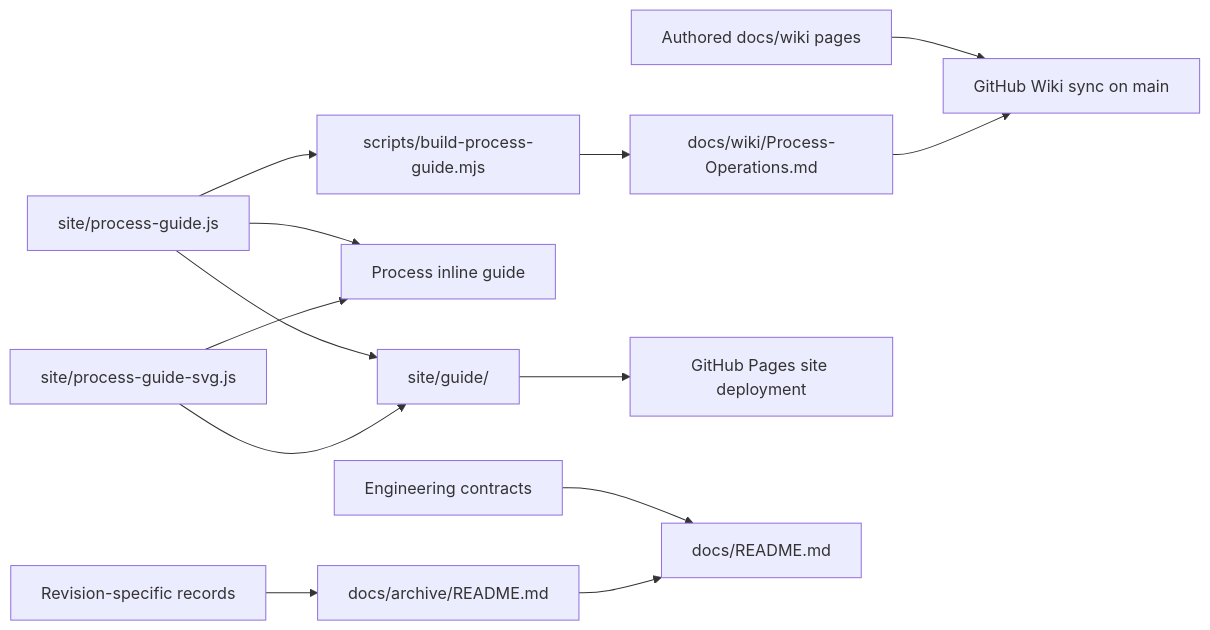
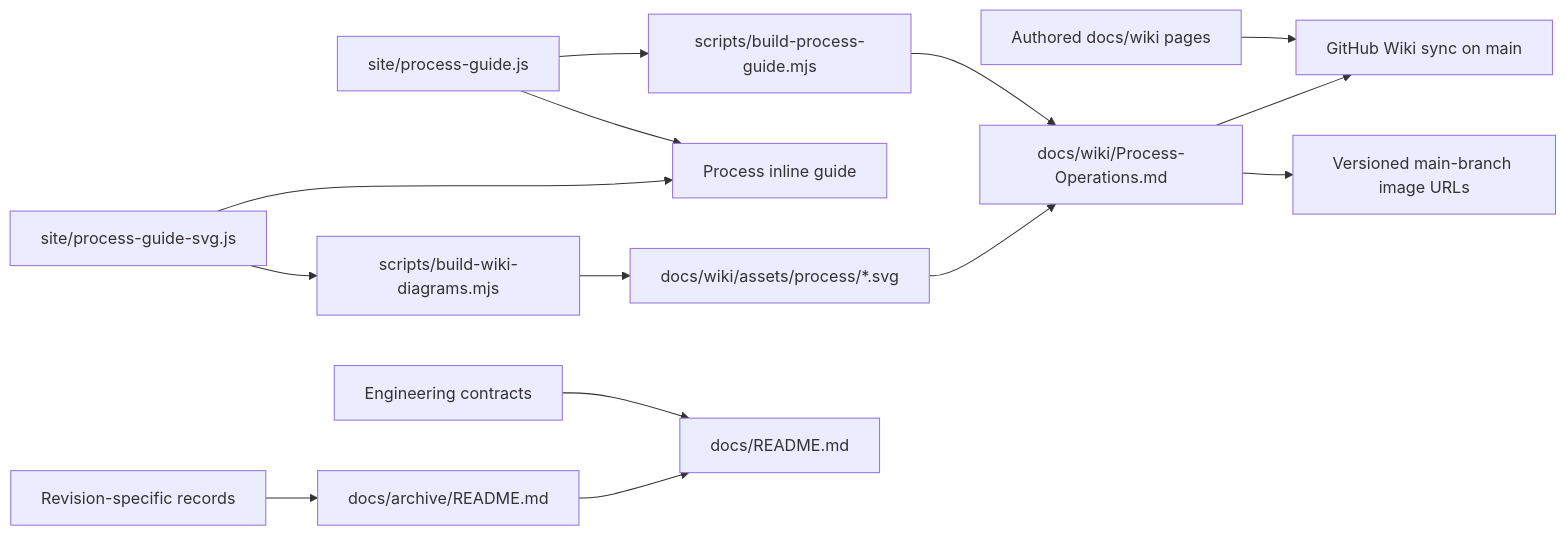
One commit to Xiaolong-6/WaferCAD changed the diagram in docs/DOCUMENTATION.md. Above: the diagram before and after it, drawn with Mermaid. The commit also changed other lines of this file and 9 other files, not shown here.

````diff
--- a/docs/DOCUMENTATION.md
+++ b/docs/DOCUMENTATION.md
@@ -18,15 +18,16 @@
 ```mermaid
 flowchart LR
   Catalog[site/process-guide.js] --> Generator[scripts/build-process-guide.mjs]
   Catalog --> UI[Process inline guide]
   Diagrams[site/process-guide-svg.js] --> UI
-  Catalog --> Atlas[site/guide/]
-  Diagrams --> Atlas
+  Diagrams --> AssetGenerator[scripts/build-wiki-diagrams.mjs]
+  AssetGenerator --> Images[docs/wiki/assets/process/*.svg]
   Generator --> Operations[docs/wiki/Process-Operations.md]
+  Images --> Operations
   Authored[Authored docs/wiki pages] --> Wiki[GitHub Wiki sync on main]
   Operations --> Wiki
-  Atlas --> Pages[GitHub Pages site deployment]
+  Operations --> RawAssets[Versioned main-branch image URLs]
   Contracts[Engineering contracts] --> Map[docs/README.md]
   Evidence[Revision-specific records] --> Archive[docs/archive/README.md]
   Archive --> Map
 ```
````
